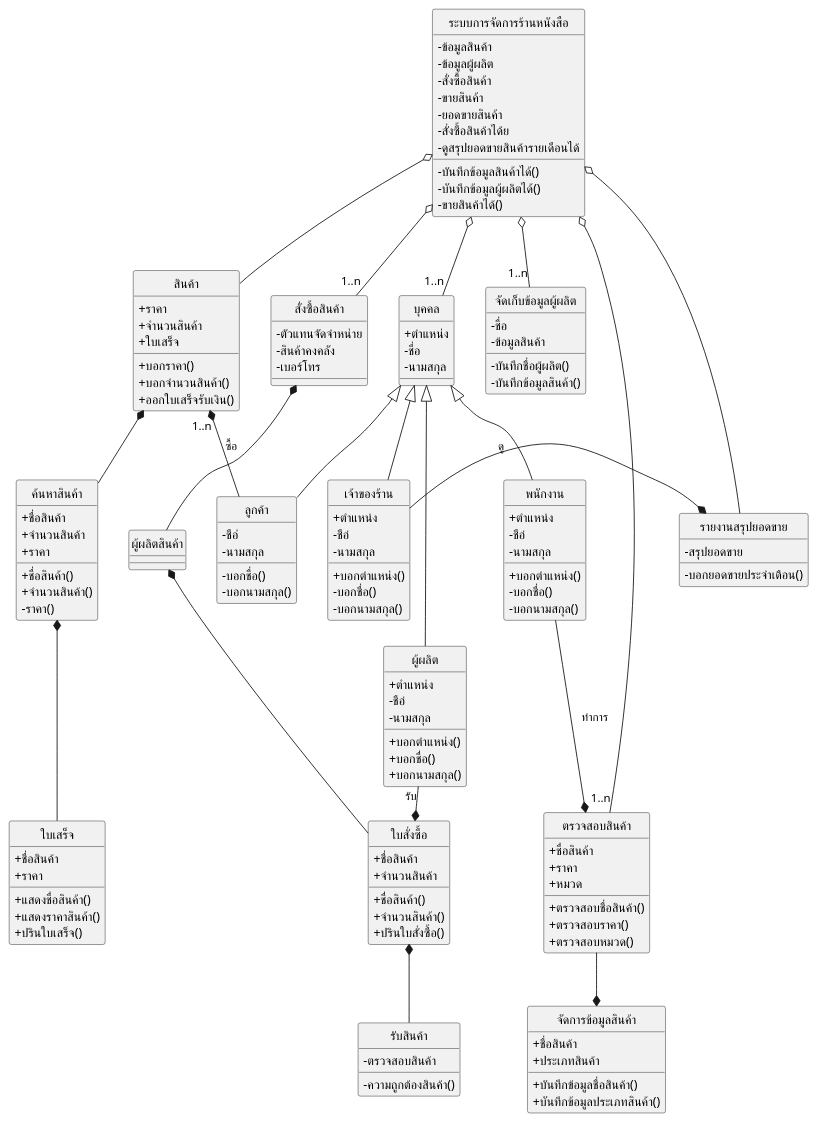
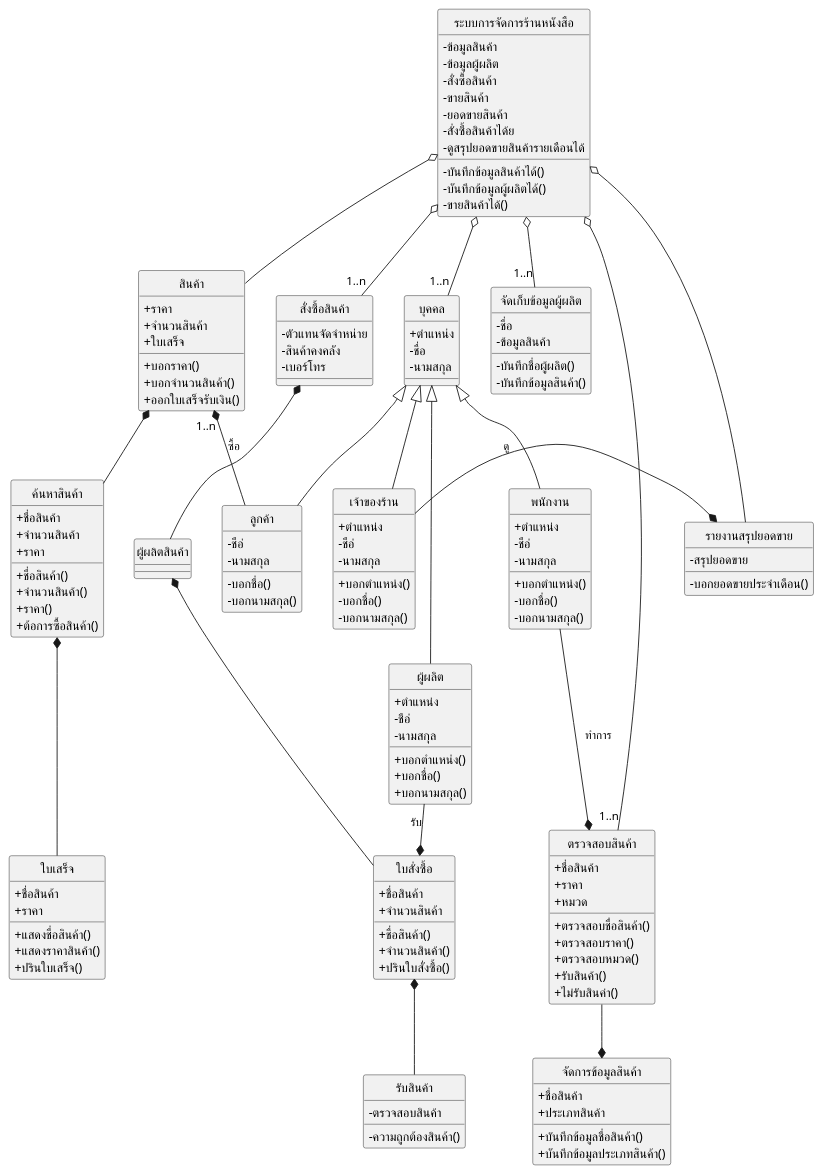
One commit to tanakorn128/Bookstore-Mamagement-System changed the diagram in 60030041/class diagram.puml. Above: the diagram before and after it, drawn with PlantUML. The commit also changed 5 other files, not shown here.

```diff
--- a/60030041/class diagram.puml
+++ b/60030041/class diagram.puml
@@ -1,144 +1,147 @@
 @startuml "Bookstore Mamagement System"
 skinparam classAttributeIconSize 0
 hide circle
 class "ผู้ผลิต"{
 +ตำแหน่ง
 -ชือ่
 -นามสกุล
 +บอกตำแหน่ง()
 +บอกชื่อ()
 +บอกนามสกุล()
 }
 
 class "ระบบการจัดการร้านหนังสือ"{
 
 -ข้อมูลสินค้า
 -ข้อมูลผู้ผลิต
 -สั่งซื้อสินค้า
 -ขายสินค้า
 -ยอดขายสินค้า
 -บันทึกข้อมูลสินค้าได้()
 -บันทึกข้อมูลผู้ผลิตได้()
 -สั่งซื้อสินค้าได้ย
 -ขายสินค้าได้()
 -ดูสรุปยอดขายสินค้ารายเดือนได้
 
 }
 class "เจ้าของร้าน"{
 +ตำแหน่ง
 -ชือ่
 -นามสกุล
 +บอกตำแหน่ง()
 -บอกชื่อ()
 -บอกนามสกุล()
 }
 class "พนักงาน"{
 +ตำแหน่ง
 -ชือ่
 -นามสกุล
 +บอกตำแหน่ง()
 -บอกชื่อ()
 -บอกนามสกุล()
 }
 class "บุคคล"{
 +ตำแหน่ง
 -ชื่อ
 -นามสกุล
 }
 class "ลูกค้า"{
 -ชือ่
 -นามสกุล
 -บอกชื่อ()
 -บอกนามสกุล()
 }
 
 class "จัดการข้อมูลสินค้า"{
 +ชื่อสินค้า
 +ประเภทสินค้า
 +บันทึกข้อมูลชื่อสินค้า()
 +บันทึกข้อมูลประเภทสินค้า()
 }
 class "จัดเก็บข้อมูลผู้ผลิต"{
 -ชื่อ
 -ข้อมูลสินค้า
 -บันทึกชื่อผู้ผลิต()
 -บันทึกข้อมูลสินค้า()
 }
 class "สั่งซื้อสินค้า"{
 -ตัวแทนจัดจำหน่าย
 -สินค้าคงคลัง
 -เบอร์โทร
 
 }
 class "รับสินค้า"{
 -ตรวจสอบสินค้า
 -ความถูกต้องสินค้า()
 }
 class "สินค้า"{
 +ราคา
 +จำนวนสินค้า
 +ใบเสร็จ
 +บอกราคา()
 +บอกจำนวนสินค้า()
 +ออกใบเสร็จรับเงิน()
 
 }
 class "รายงานสรุปยอดขาย"{
 -สรุปยอดขาย
 -บอกยอดขายประจำเดือน()
 }
 class "ใบสั่งซื้อ"{
 +ชื่อสินค้า
 +จำนวนสินค้า
 +ชื่อสินค้า()
 +จำนวนสินค้า()
 +ปรินใบสั่งซื้อ()
 }
 class "ค้นหาสินค้า"{
 +ชื่อสินค้า
 +จำนวนสินค้า
 +ราคา
 +ชื่อสินค้า()
 +จำนวนสินค้า()
--ราคา()
++ราคา()
++ต้อการซื้อสินค้า()
 }
 
 class "ใบเสร็จ"{
 +ชื่อสินค้า
 +ราคา
 +แสดงชื่อสินค้า()
 +แสดงราคาสินค้า()
 +ปรินใบเสร็จ()
 }
 class "ตรวจสอบสินค้า"{
 +ชื่อสินค้า
 +ราคา
 +หมวด
 +ตรวจสอบชื่อสินค้า()
 +ตรวจสอบราคา()
 +ตรวจสอบหมวด()
++รับสินค้า()
++ไม่รับสินค่า()
 }
 class "ผู้ผลิตสินค้า"{
 
 }
 "บุคคล" <|-- "พนักงาน"
 "บุคคล" <|-- "เจ้าของร้าน"
 "บุคคล" <|-- "ผู้ผลิต"
 "บุคคล" <|-- "ลูกค้า"
 "ระบบการจัดการร้านหนังสือ" o-- "1..n""บุคคล" 
 "ระบบการจัดการร้านหนังสือ" o-- "1..n""ตรวจสอบสินค้า" 
 "ระบบการจัดการร้านหนังสือ" o-- "1..n""จัดเก็บข้อมูลผู้ผลิต"
 "ระบบการจัดการร้านหนังสือ" o-- "1..n""สั่งซื้อสินค้า"
 "ระบบการจัดการร้านหนังสือ" o-- "สินค้า"
 "ระบบการจัดการร้านหนังสือ" o-- "รายงานสรุปยอดขาย"
 "สั่งซื้อสินค้า" *-- "ผู้ผลิตสินค้า"
 "ผู้ผลิตสินค้า" *-- "ใบสั่งซื้อ"
 "ใบสั่งซื้อ" *-- "รับสินค้า"
 "สินค้า" *--"ค้นหาสินค้า"
 "ค้นหาสินค้า" *-- "ใบเสร็จ"
 "ลูกค้า" -left-* "1..n""สินค้า": ซื้อ
 "พนักงาน" --* "ตรวจสอบสินค้า":ทำการ
 "ตรวจสอบสินค้า" --* "จัดการข้อมูลสินค้า"
 "เจ้าของร้าน" -right-* "รายงานสรุปยอดขาย":ดู
 "ผู้ผลิต" -right-* "ใบสั่งซื้อ": รับ
 @enduml
```
